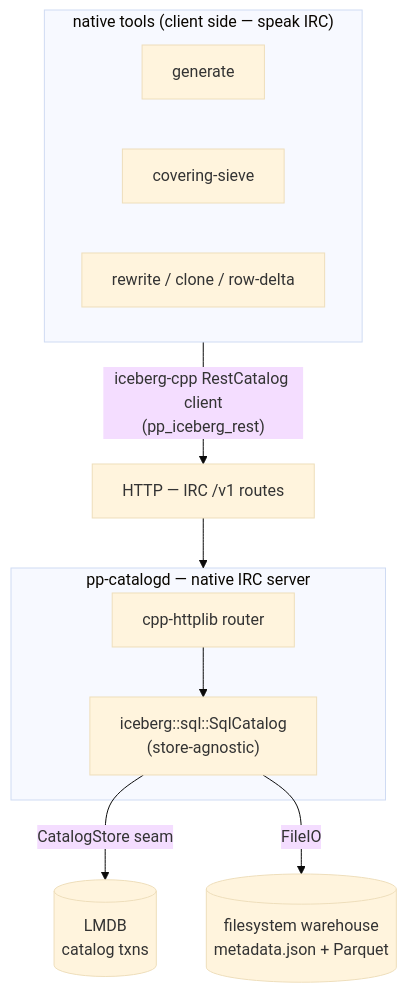
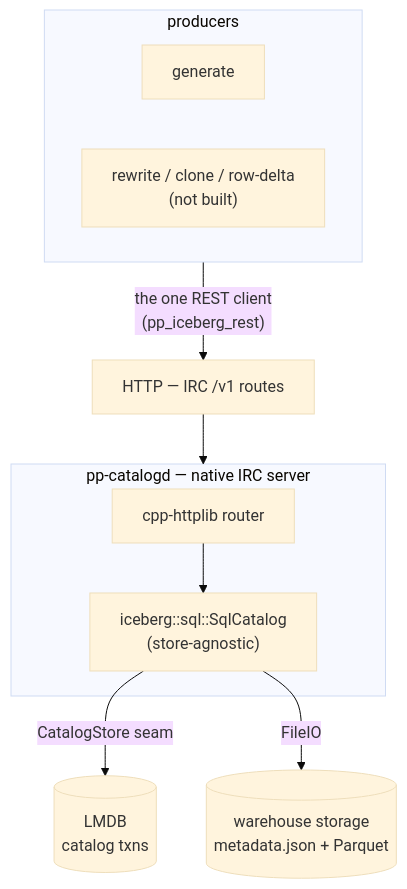
The diagram in markdown/data_eng/irc_catalog_design.md (genamethi/dioph.pp), drawn with Mermaid (base theme) before and after one commit. The commit also changed other lines of this file and 29 other files, not shown here.

````diff
--- a/markdown/data_eng/irc_catalog_design.md
+++ b/markdown/data_eng/irc_catalog_design.md
@@ -17,17 +17,16 @@
 ```mermaid
 flowchart TD
-    subgraph tools["native tools (client side — speak IRC)"]
+    subgraph tools["producers"]
       gen[generate]
-      sieve[covering-sieve]
-      rew[rewrite / clone / row-delta]
+      rew["rewrite / clone / row-delta<br/>(not built)"]
     end
-    tools -->|"iceberg-cpp RestCatalog client<br/>(pp_iceberg_rest)"| wire
+    tools -->|"the one REST client<br/>(pp_iceberg_rest)"| wire
     wire["HTTP — IRC /v1 routes"] --> server
     subgraph server["pp-catalogd — native IRC server"]
       router["cpp-httplib router"]
       engine["iceberg::sql::SqlCatalog<br/>(store-agnostic)"]
       router --> engine
     end
     engine -->|"CatalogStore seam"| lmdb[("LMDB<br/>catalog txns")]
-    engine -->|"FileIO"| fs[("filesystem warehouse<br/>metadata.json + Parquet")]
+    engine -->|"FileIO"| fs[("warehouse storage<br/>metadata.json + Parquet")]
 ```
````
